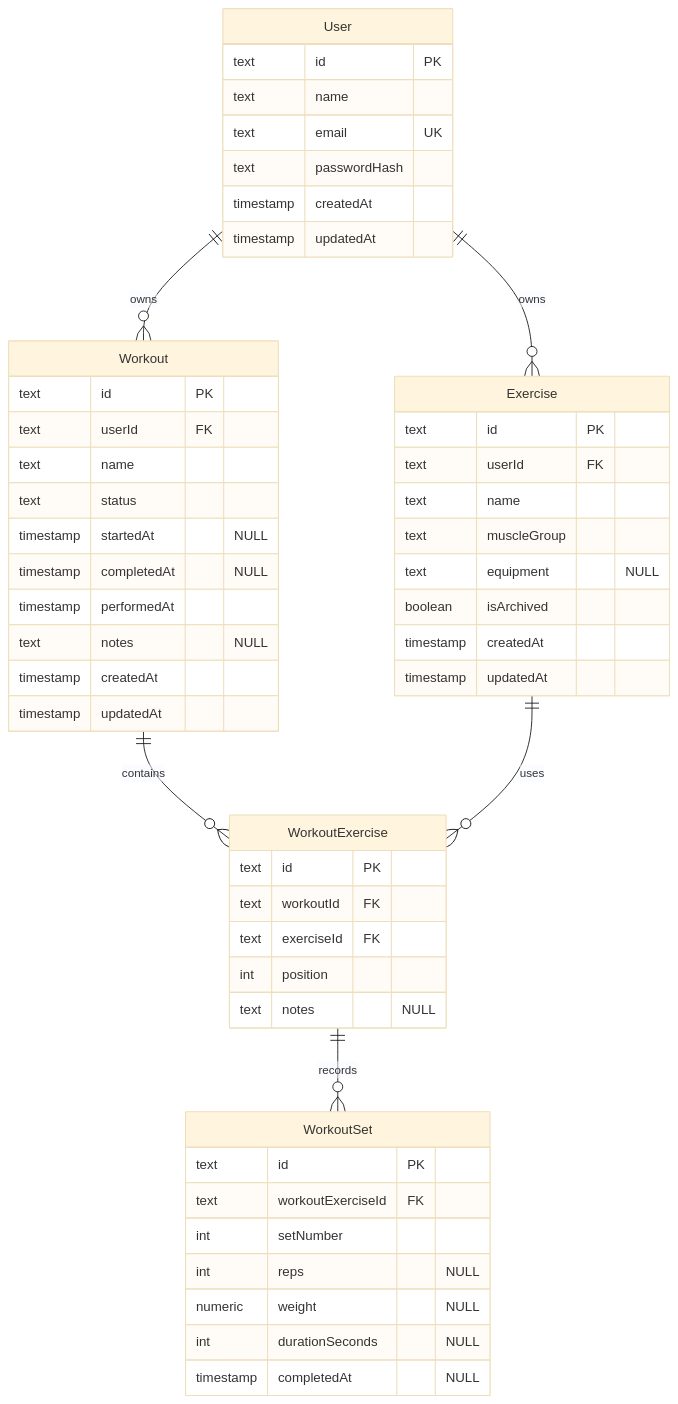
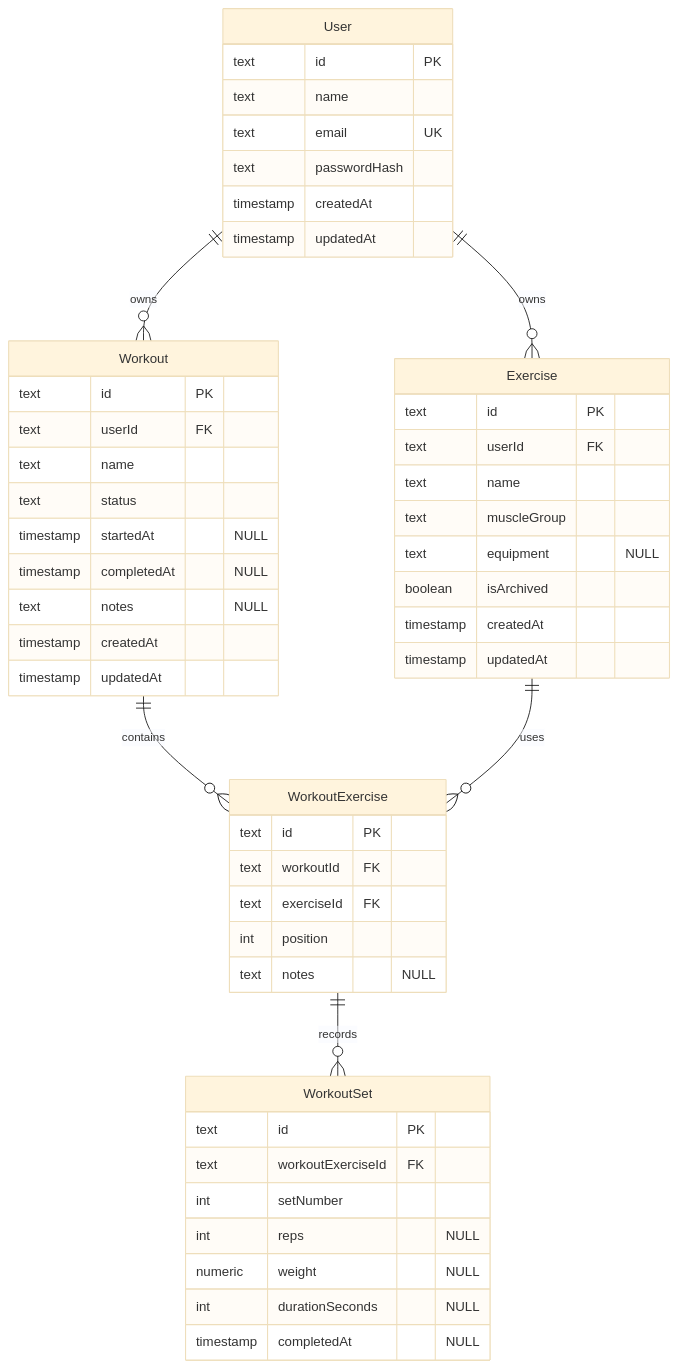
Before and after one commit to jakobzagar/Fit-Track: the second of 2 diagrams in docs/architecture.md, drawn with Mermaid (base theme). The commit also changed other lines of this file and 23 other files, not shown here.

````diff
--- a/docs/architecture.md
+++ b/docs/architecture.md
@@ -93,59 +93,58 @@
 ```mermaid
 erDiagram
     User {
         text id PK
         text name
         text email UK
         text passwordHash
         timestamp createdAt
         timestamp updatedAt
     }
 
     Exercise {
         text id PK
         text userId FK
         text name
         text muscleGroup
         text equipment "NULL"
         boolean isArchived
         timestamp createdAt
         timestamp updatedAt
     }
 
     Workout {
         text id PK
         text userId FK
         text name
         text status
         timestamp startedAt "NULL"
         timestamp completedAt "NULL"
-        timestamp performedAt
         text notes "NULL"
         timestamp createdAt
         timestamp updatedAt
     }
 
     WorkoutExercise {
         text id PK
         text workoutId FK
         text exerciseId FK
         int position
         text notes "NULL"
     }
 
     WorkoutSet {
         text id PK
         text workoutExerciseId FK
         int setNumber
         int reps "NULL"
         numeric weight "NULL"
         int durationSeconds "NULL"
         timestamp completedAt "NULL"
     }
 
     User ||--o{ Exercise : owns
     User ||--o{ Workout : owns
     Workout ||--o{ WorkoutExercise : contains
     Exercise ||--o{ WorkoutExercise : uses
     WorkoutExercise ||--o{ WorkoutSet : records
 ```
````
